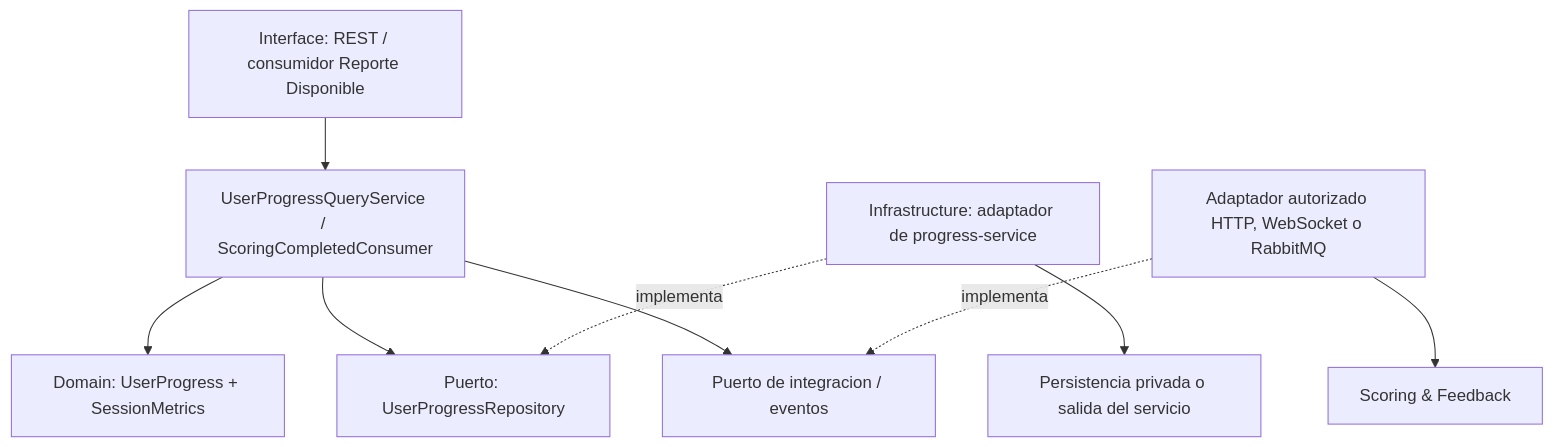
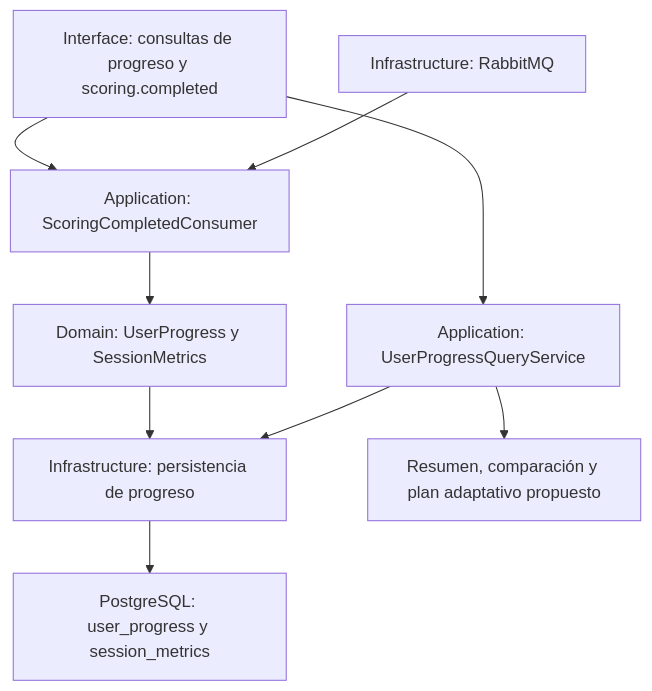
One commit to upc-pre-202620-si728-16365-thropic/talki-project-report changed the diagram in assets/diagrams/tactical/05-progress-adaptation-components.mmd. Above: the diagram before and after it, drawn with Mermaid. The commit also changed 20 other files, not shown here.

```diff
--- a/assets/diagrams/tactical/05-progress-adaptation-components.mmd
+++ b/assets/diagrams/tactical/05-progress-adaptation-components.mmd
@@ -1,9 +1,9 @@
 flowchart TB
-    input["Interface: REST / consumidor Reporte Disponible"] --> app["UserProgressQueryService / ScoringCompletedConsumer"]
-    app --> domain["Domain: UserProgress + SessionMetrics"]
-    app --> port["Puerto: UserProgressRepository"]
-    adapter["Infrastructure: adaptador de progress-service"] -. implementa .-> port
-    adapter --> resource["Persistencia privada o salida del servicio"]
-    app --> integration["Puerto de integracion / eventos"]
-    infrastructure["Adaptador autorizado HTTP, WebSocket o RabbitMQ"] -. implementa .-> integration
-    infrastructure --> external["Scoring & Feedback"]
+  input["Interface: consultas de progreso y scoring.completed"] --> consume["Application: ScoringCompletedConsumer"]
+  input --> queries["Application: UserProgressQueryService"]
+  consume --> model["Domain: UserProgress y SessionMetrics"]
+  model --> repo["Infrastructure: persistencia de progreso"]
+  queries --> repo
+  repo --> db["PostgreSQL: user_progress y session_metrics"]
+  broker["Infrastructure: RabbitMQ"] --> consume
+  queries --> view["Resumen, comparación y plan adaptativo propuesto"]
```
